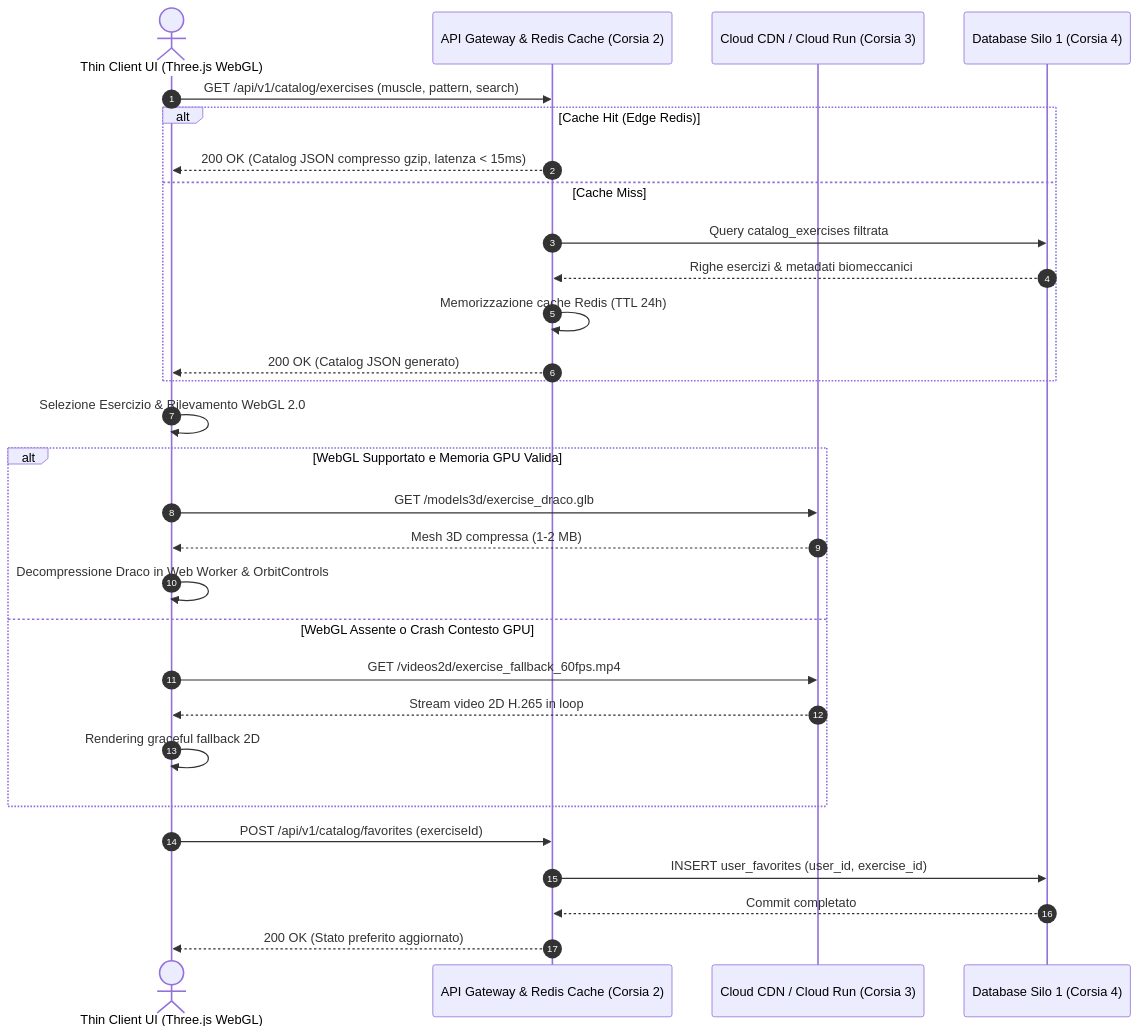
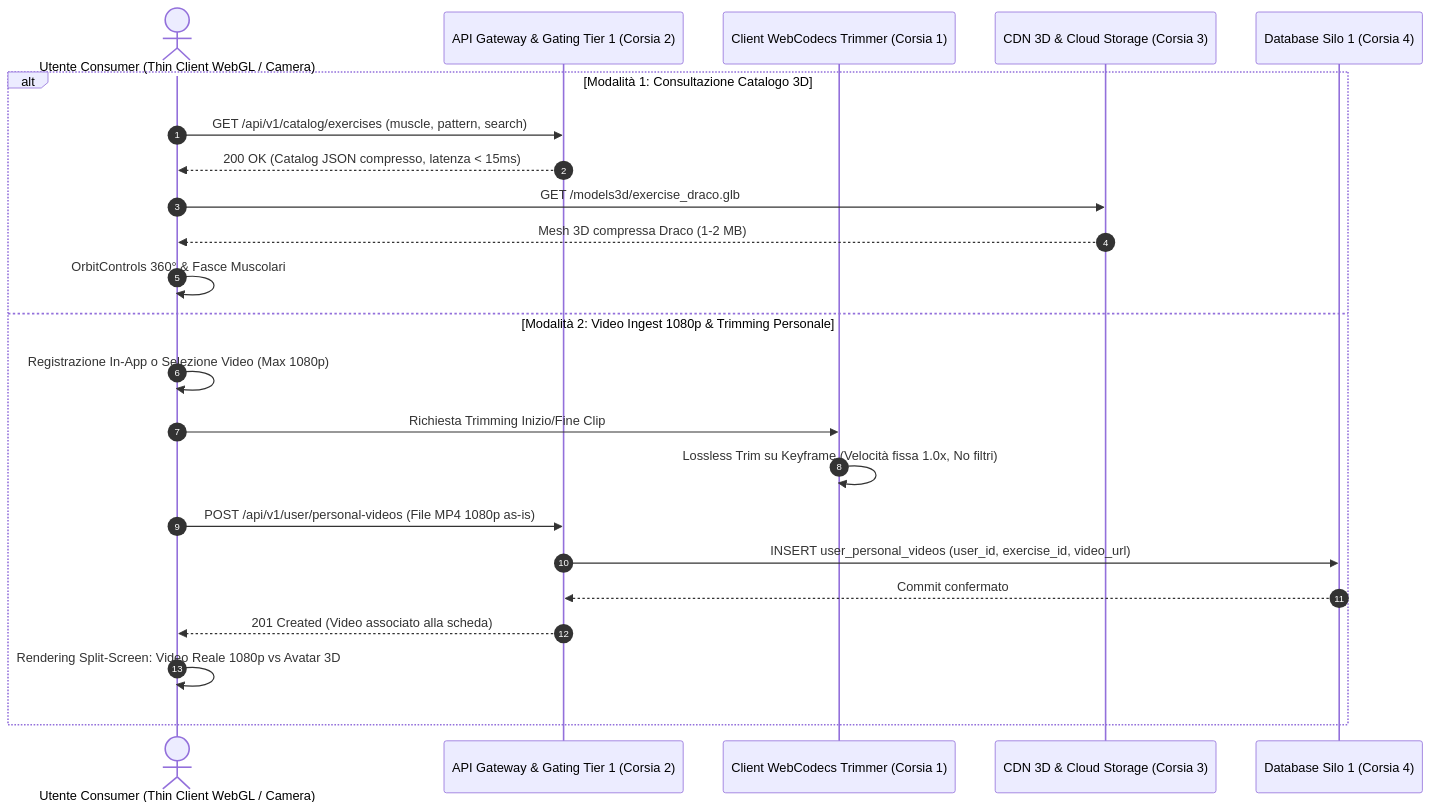
The diagram in architecture-blueprint/00-capitolato-tecnico-e-glossario/02-software-1-flow-2a-personal-cockpit.md (sportscience2025-star/Sports-Analytics-Platform---T7-Workout-APP), drawn with Mermaid before and after one commit. The commit also changed other lines of this file and 8 other files, not shown here.

Commit message:
feat(catalog): differenziazione video tiers (1080p as-is, 2K speed control, 4K/8K suite tattica) su Miro, capitolati, mmd e glossario

````diff
--- a/architecture-blueprint/00-capitolato-tecnico-e-glossario/02-software-1-flow-2a-personal-cockpit.md
+++ b/architecture-blueprint/00-capitolato-tecnico-e-glossario/02-software-1-flow-2a-personal-cockpit.md
@@ -46,34 +58,26 @@
 ```mermaid
 sequenceDiagram
     autonumber
-    actor Utente as Thin Client UI (Three.js WebGL)
-    participant GW as API Gateway & Redis Cache (Corsia 2)
-    participant CDN as Cloud CDN / Cloud Run (Corsia 3)
+    actor Utente as Utente Consumer (Thin Client WebGL / Camera)
+    participant GW as API Gateway & Gating Tier 1 (Corsia 2)
+    participant TRIM as Client WebCodecs Trimmer (Corsia 1)
+    participant CDN as CDN 3D & Cloud Storage (Corsia 3)
     participant DB as Database Silo 1 (Corsia 4)
 
-    Utente->>GW: GET /api/v1/catalog/exercises (muscle, pattern, search)
-    alt Cache Hit (Edge Redis)
-        GW-->>Utente: 200 OK (Catalog JSON compresso gzip, latenza < 15ms)
-    else Cache Miss
-        GW->>DB: Query catalog_exercises filtrata
-        DB-->>GW: Righe esercizi & metadati biomeccanici
-        GW->>GW: Memorizzazione cache Redis (TTL 24h)
-        GW-->>Utente: 200 OK (Catalog JSON generato)
+    alt Modalità 1: Consultazione Catalogo 3D
+        Utente->>GW: GET /api/v1/catalog/exercises (muscle, pattern, search)
+        GW-->>Utente: 200 OK (Catalog JSON compresso, latenza < 15ms)
+        Utente->>CDN: GET /models3d/exercise_draco.glb
+        CDN-->>Utente: Mesh 3D compressa Draco (1-2 MB)
+        Utente->>Utente: OrbitControls 360° & Fasce Muscolari
+    else Modalità 2: Video Ingest 1080p & Trimming Personale
+        Utente->>Utente: Registrazione In-App o Selezione Video (Max 1080p)
+        Utente->>TRIM: Richiesta Trimming Inizio/Fine Clip
+        TRIM->>TRIM: Lossless Trim su Keyframe (Velocità fissa 1.0x, No filtri)
+        Utente->>GW: POST /api/v1/user/personal-videos (File MP4 1080p as-is)
+        GW->>DB: INSERT user_personal_videos (user_id, exercise_id, video_url)
+        DB-->>GW: Commit confermato
+        GW-->>Utente: 201 Created (Video associato alla scheda)
+        Utente->>Utente: Rendering Split-Screen: Video Reale 1080p vs Avatar 3D
     end
-
-    Utente->>Utente: Selezione Esercizio & Rilevamento WebGL 2.0
-    alt WebGL Supportato e Memoria GPU Valida
-        Utente->>CDN: GET /models3d/exercise_draco.glb
-        CDN-->>Utente: Mesh 3D compressa (1-2 MB)
-        Utente->>Utente: Decompressione Draco in Web Worker & OrbitControls
-    else WebGL Assente o Crash Contesto GPU
-        Utente->>CDN: GET /videos2d/exercise_fallback_60fps.mp4
-        CDN-->>Utente: Stream video 2D H.265 in loop
-        Utente->>Utente: Rendering graceful fallback 2D
-    end
-
-    Utente->>GW: POST /api/v1/catalog/favorites (exerciseId)
-    GW->>DB: INSERT user_favorites (user_id, exercise_id)
-    DB-->>GW: Commit completato
-    GW-->>Utente: 200 OK (Stato preferito aggiornato)
 ```
````
